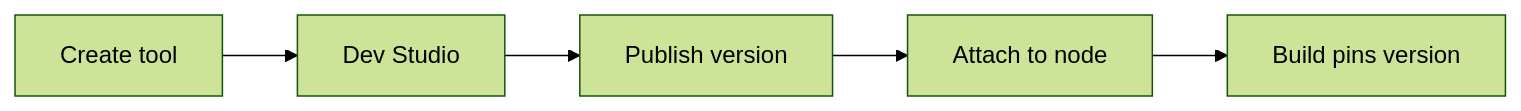
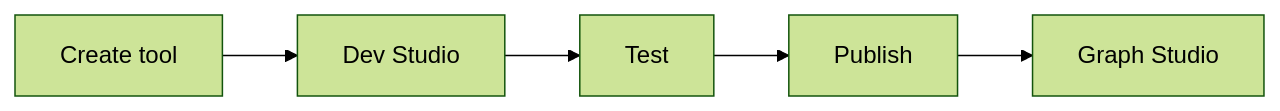
One commit to ashdeekonda/phinite-docs-c1 changed the diagram in devstudio/overview.md. Above: the diagram before and after it, drawn with Mermaid (forest theme). The commit also changed other lines of this file and 90 other files, not shown here.

First line of the commit message:
Update documentation for Graph Studio and tool integration

````diff
--- a/devstudio/overview.md
+++ b/devstudio/overview.md
@@ -36,10 +50,10 @@
 ```mermaid
 flowchart LR
   create[Create tool]
   code[Dev Studio]
-  publish[Publish version]
-  attach[Attach to node]
-  build[Build pins version]
+  test[Test]
+  publish[Publish]
+  attach[Graph Studio]
 
-  create --> code --> publish --> attach --> build
+  create --> code --> test --> publish --> attach
 ```
````
